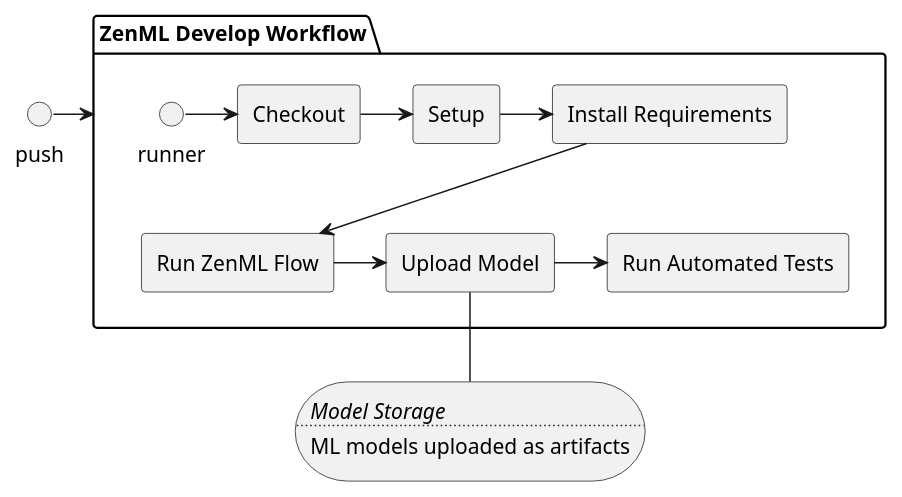
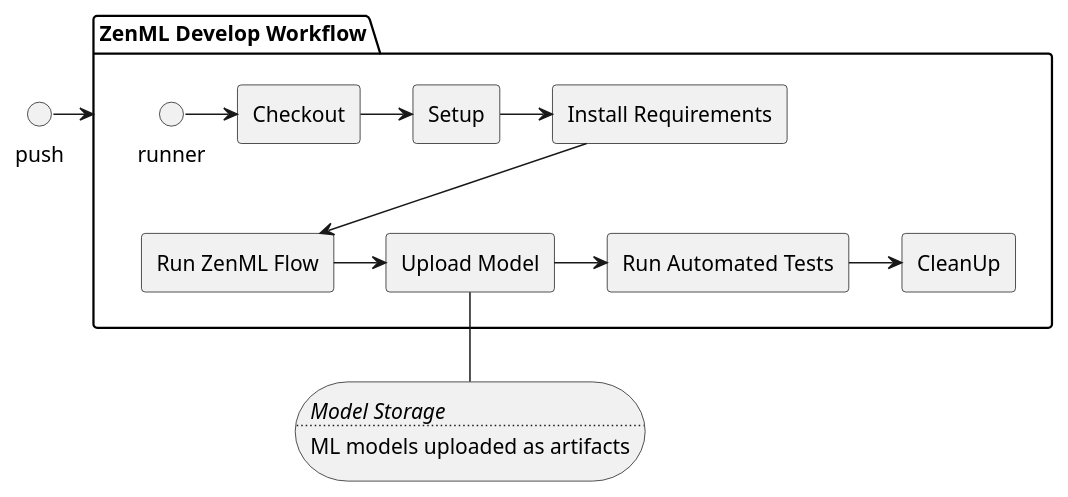
The diagram in architecture/CIRunner.puml (fdevi3-mle/french-road-accidents), drawn with PlantUML before and after one commit. The commit also changed 1 other file, not shown here.

```diff
--- a/architecture/CIRunner.puml
+++ b/architecture/CIRunner.puml
@@ -1,26 +1,27 @@
 @startuml
 'https://plantuml.com/component-diagram
 skinparam componentStyle rectangle
 
 "push" -> "ZenML Develop Workflow"
 
 package "ZenML Develop Workflow" {
  runner -> [Checkout]
  [Checkout] -> [Setup]
  [Setup] -> [Install Requirements]
  [Install Requirements] --> [Run ZenML Flow]
  [Run ZenML Flow] ->[Upload Model]
 [Upload Model] -> [Run Automated Tests]
+[Run Automated Tests] -> [CleanUp]
 }
 storage model_store[
     <i>Model Storage
 ....
 ML models uploaded as artifacts
 ]
 
 
 
 [Upload Model] -- model_store
 
 
 @enduml
```
